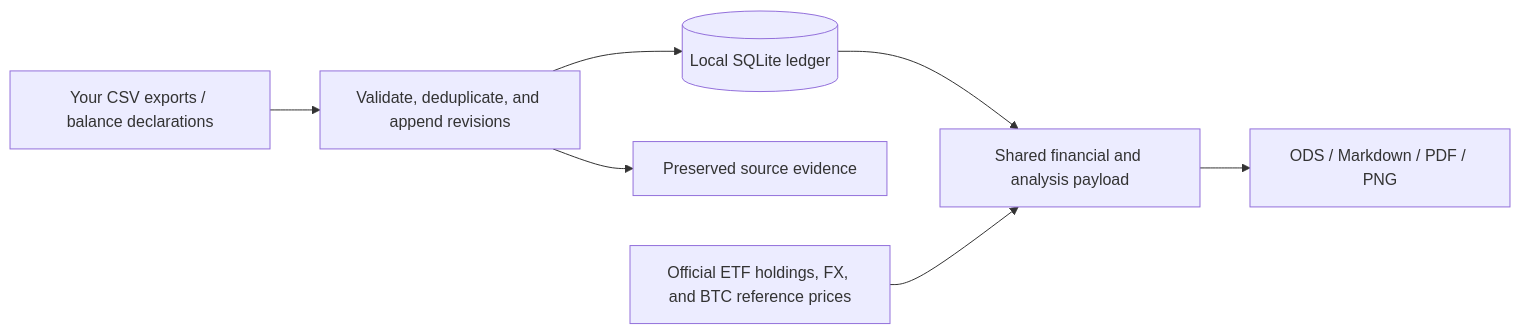
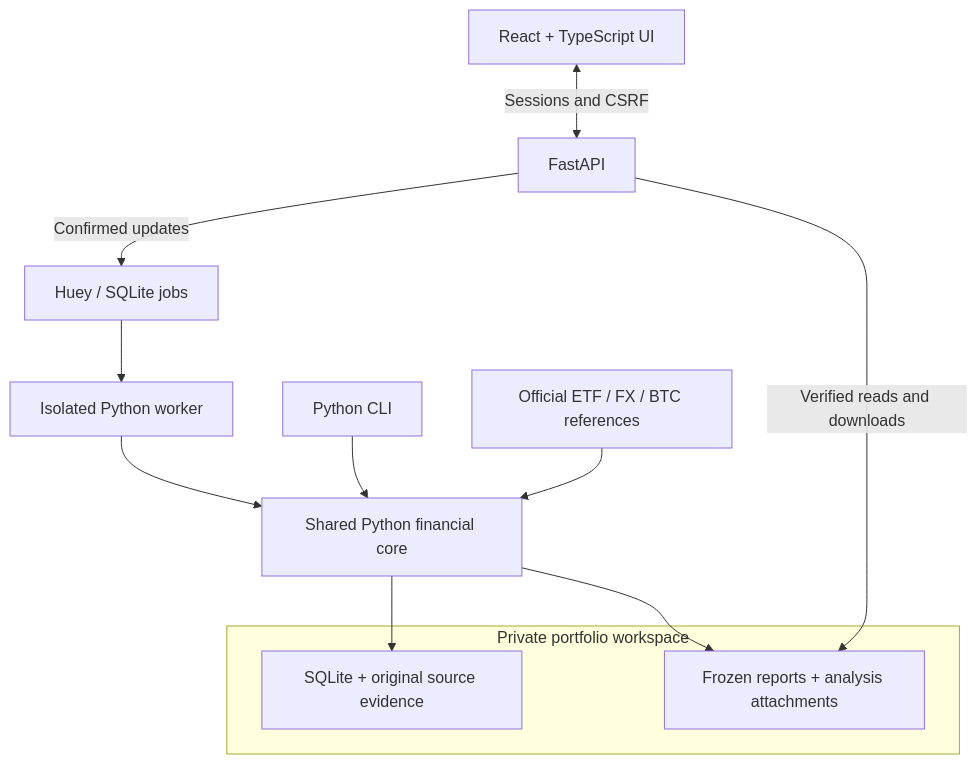
One commit to gh-slee/wealth-ledger changed the diagram in README.md. Above: the diagram before and after it, drawn with Mermaid. The commit also changed other lines of this file and 8 other files, not shown here.

````diff
--- a/README.md
+++ b/README.md
@@ -177,9 +121,16 @@
 ```mermaid
-flowchart LR
-    CSV["Your CSV exports / balance declarations"] --> Import["Validate, deduplicate, and append revisions"]
-    Import --> Ledger[("Local SQLite ledger")]
-    Import --> Evidence["Preserved source evidence"]
-    Ledger --> Analysis["Shared financial and analysis payload"]
-    References["Official ETF holdings, FX, and BTC reference prices"] --> Analysis
-    Analysis --> Reports["ODS / Markdown / PDF / PNG"]
+flowchart TB
+    Browser["React + TypeScript UI"] <-->|"Sessions and CSRF"| API["FastAPI"]
+    API -->|"Confirmed updates"| Jobs["Huey / SQLite jobs"]
+    Jobs --> Worker["Isolated Python worker"]
+    Worker --> Core["Shared Python financial core"]
+    CLI["Python CLI"] --> Core
+    References["Official ETF / FX / BTC references"] --> Core
+    subgraph Private["Private portfolio workspace"]
+        Ledger["SQLite + original source evidence"]
+        Reports["Frozen reports + analysis attachments"]
+    end
+    Core --> Ledger
+    Core --> Reports
+    API -->|"Verified reads and downloads"| Reports
 ```
````
